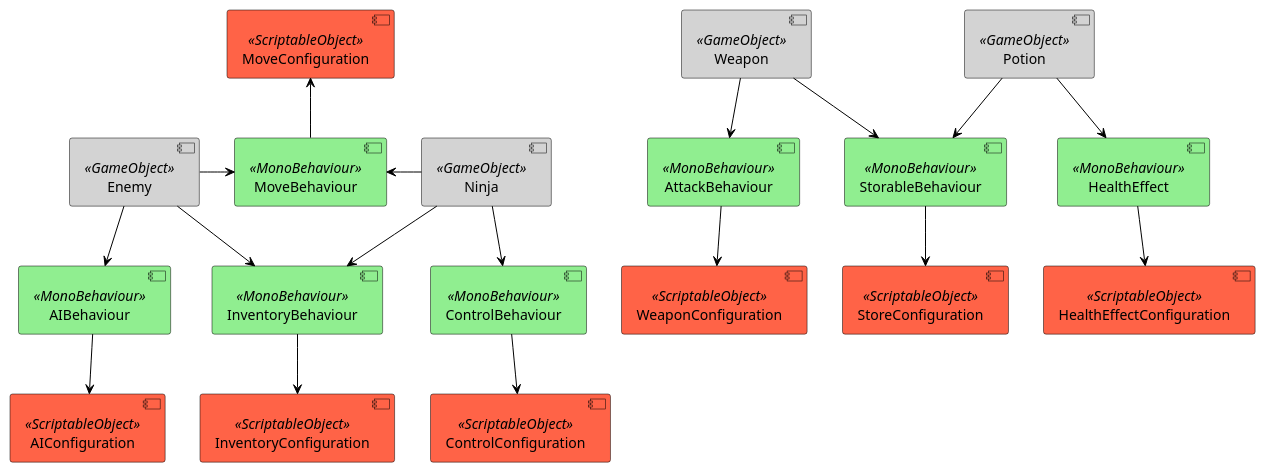
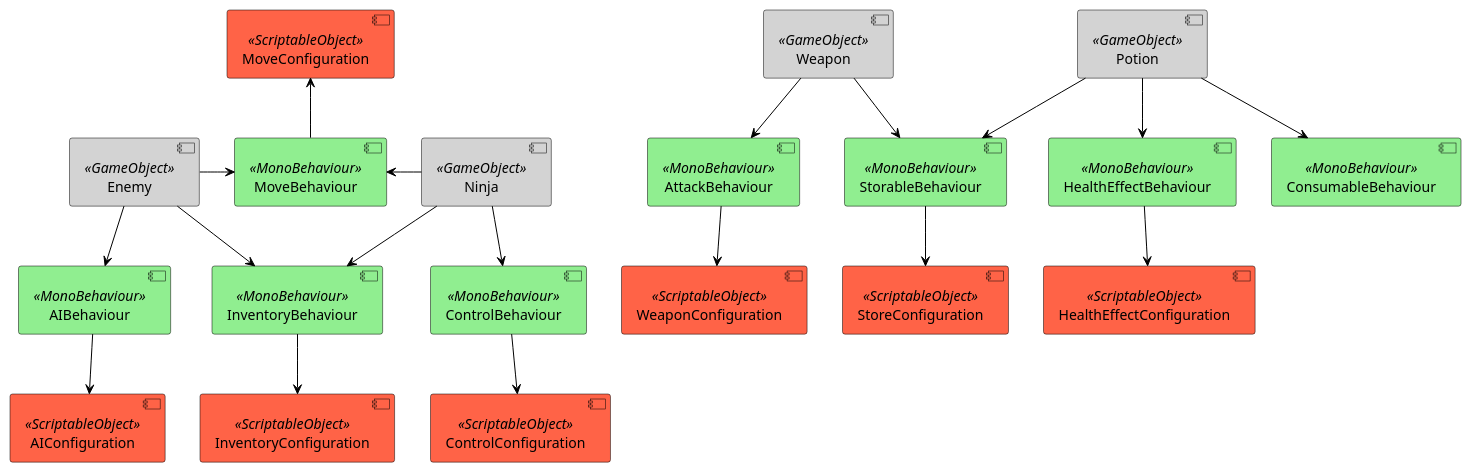
One commit to jcawe/NinjaProject changed the diagram in Documentation/design.wsd. Above: the diagram before and after it, drawn with PlantUML.

Commit message:
:pencil: Adding some missings behaviors and fix some names

```diff
--- a/Documentation/design.wsd
+++ b/Documentation/design.wsd
@@ -1,52 +1,54 @@
-@startuml
+@startuml design
 
 skinparam component {
     borderColor Black
     backgroundColor<<GameObject>> LightGray
     backgroundColor<<MonoBehaviour>> LightGreen
     backgroundColor<<ScriptableObject>> Tomato
     ArrowColor Black
     Text Bold
 }
 
 component Ninja <<GameObject>>
 component Enemy <<GameObject>>
 component Weapon <<GameObject>>
 component Potion <<GameObject>>
 
 component MoveBehaviour <<MonoBehaviour>>
 component AttackBehaviour <<MonoBehaviour>>
 component ControlBehaviour <<MonoBehaviour>>
 component AIBehaviour <<MonoBehaviour>>
 component InventoryBehaviour <<MonoBehaviour>>
 component StorableBehaviour <<MonoBehaviour>>
-component HealthEffect <<MonoBehaviour>>
+component HealthEffectBehaviour <<MonoBehaviour>>
+component ConsumableBehaviour <<MonoBehaviour>>
 
 component ControlConfiguration <<ScriptableObject>>
 component MoveConfiguration <<ScriptableObject>>
 component AIConfiguration <<ScriptableObject>>
 component InventoryConfiguration <<ScriptableObject>>
 component StoreConfiguration <<ScriptableObject>>
 component WeaponConfiguration <<ScriptableObject>>
 component HealthEffectConfiguration <<ScriptableObject>>
 
 Ninja --> InventoryBehaviour
 Ninja -left-> MoveBehaviour
 Ninja --> ControlBehaviour
 Enemy --> InventoryBehaviour
 Enemy -right-> MoveBehaviour
 Enemy --> AIBehaviour
 Weapon --> AttackBehaviour
 Weapon --> StorableBehaviour
 Potion --> StorableBehaviour
-Potion --> HealthEffect
+Potion --> HealthEffectBehaviour
+Potion --> ConsumableBehaviour
 
 InventoryBehaviour --> InventoryConfiguration
 StorableBehaviour --> StoreConfiguration
 ControlBehaviour --> ControlConfiguration
 MoveBehaviour -up-> MoveConfiguration
 AIBehaviour --> AIConfiguration
 AttackBehaviour --> WeaponConfiguration
-HealthEffect --> HealthEffectConfiguration
+HealthEffectBehaviour --> HealthEffectConfiguration
 
 @enduml
```
